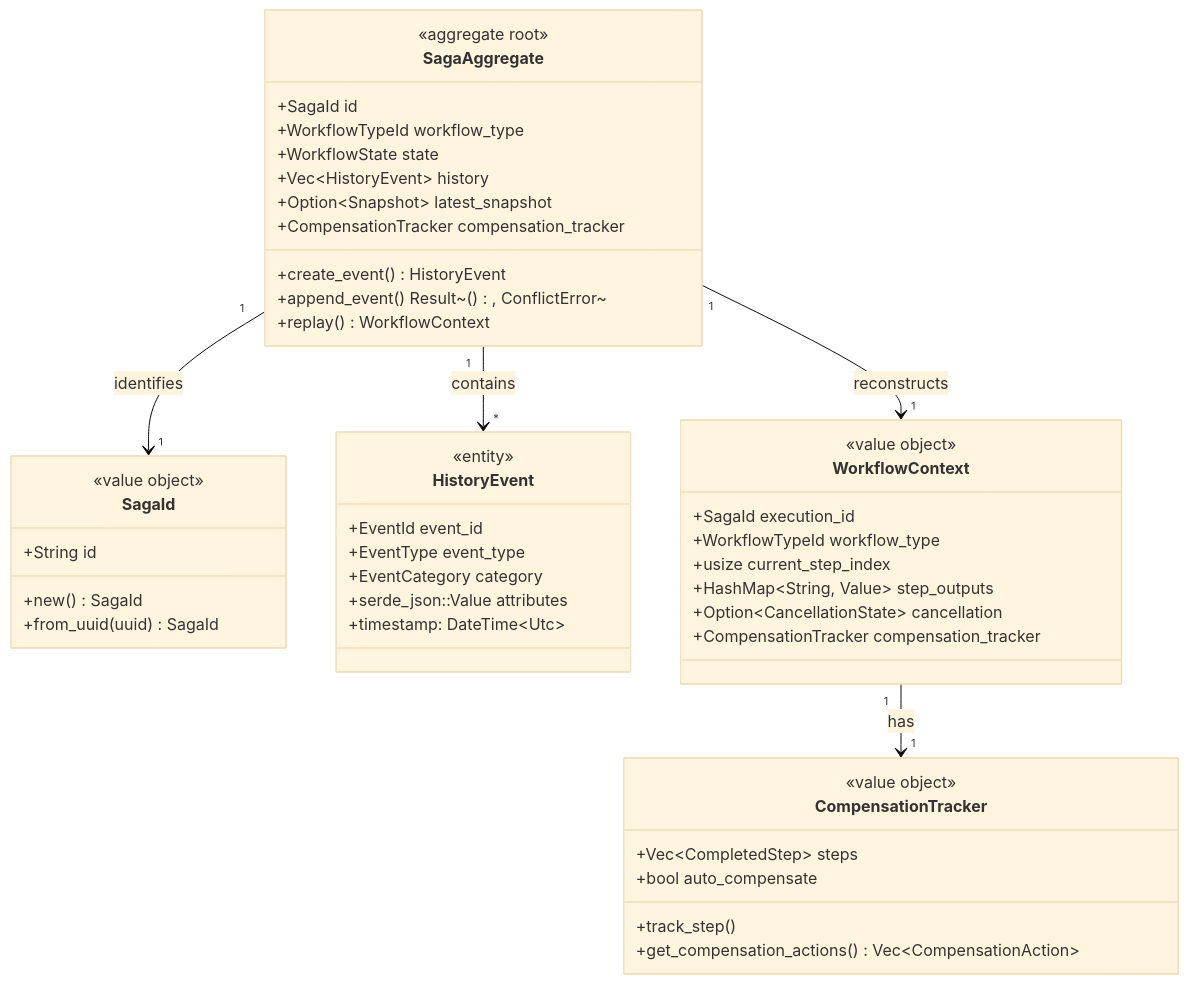
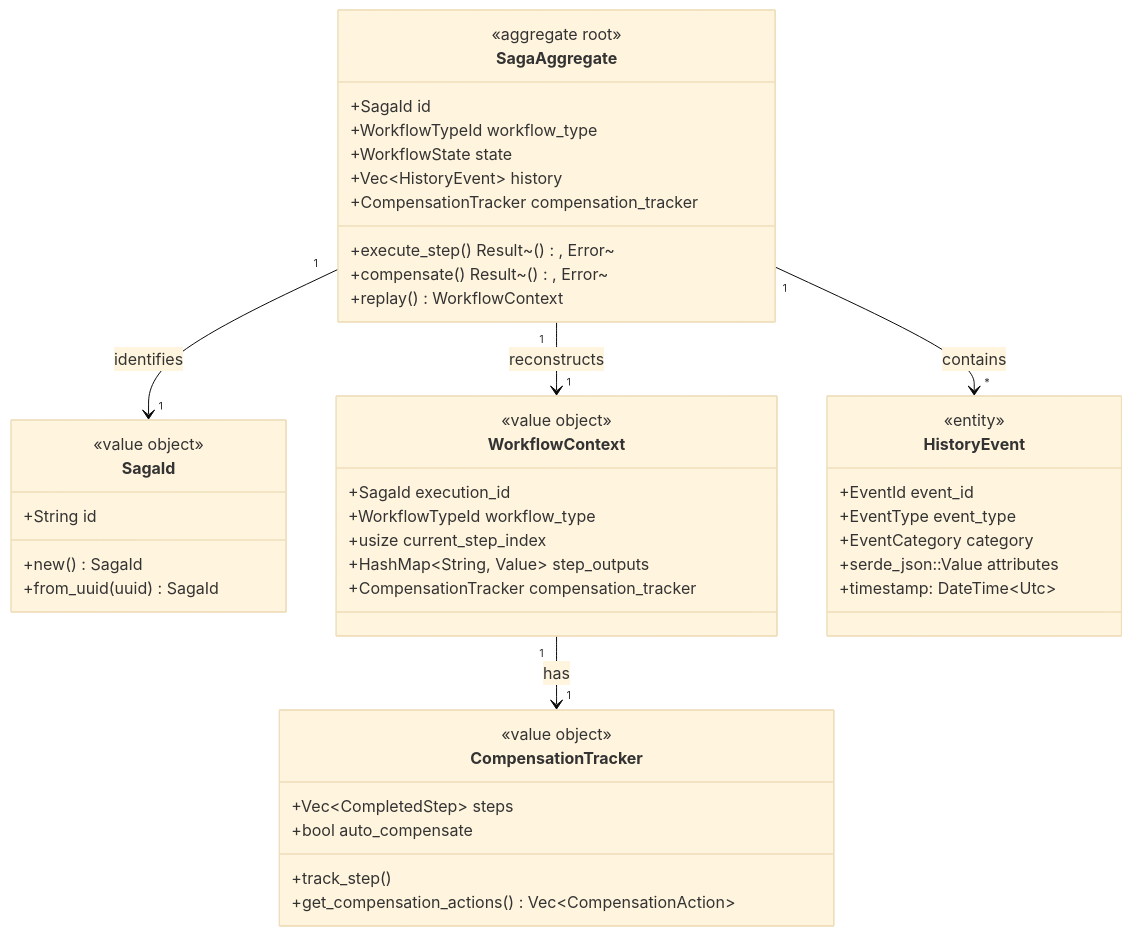
Before and after one commit to Rubentxu/hodei-jobs: the fourth of 20 diagrams in docs/manuales/SAGA_ENGINE_ARCHITECT_MANUAL_en.md, drawn with Mermaid (base theme). The commit also changed other lines of this file and 7 other files, not shown here.

````diff
--- a/docs/manuales/SAGA_ENGINE_ARCHITECT_MANUAL_en.md
+++ b/docs/manuales/SAGA_ENGINE_ARCHITECT_MANUAL_en.md
@@ -100,54 +191,52 @@
 ```mermaid
 classDiagram
     class SagaId {
         <<value object>>
         +String id
         +new() SagaId
         +from_uuid(uuid) SagaId
     }
     
     class SagaAggregate {
         <<aggregate root>>
         +SagaId id
         +WorkflowTypeId workflow_type
         +WorkflowState state
         +Vec~HistoryEvent~ history
-        +Option~Snapshot~ latest_snapshot
         +CompensationTracker compensation_tracker
-        +create_event() HistoryEvent
-        +append_event() Result~(), ConflictError~
+        +execute_step() Result~(), Error~
+        +compensate() Result~(), Error~
         +replay() WorkflowContext
+    }
+    
+    class WorkflowContext {
+        <<value object>>
+        +SagaId execution_id
+        +WorkflowTypeId workflow_type
+        +usize current_step_index
+        +HashMap~String, Value~ step_outputs
+        +CompensationTracker compensation_tracker
+    }
+    
+    class CompensationTracker {
+        <<value object>>
+        +Vec~CompletedStep~ steps
+        +bool auto_compensate
+        +track_step()
+        +get_compensation_actions() Vec~CompensationAction~
     }
     
     class HistoryEvent {
         <<entity>>
         +EventId event_id
         +EventType event_type
         +EventCategory category
         +serde_json::Value attributes
         +timestamp: DateTime~Utc~
     }
     
-    class WorkflowContext {
-        <<value object>>
-        +SagaId execution_id
-        +WorkflowTypeId workflow_type
-        +usize current_step_index
-        +HashMap~String, Value~ step_outputs
-        +Option~CancellationState~ cancellation
-        +CompensationTracker compensation_tracker
-    }
-    
-    class CompensationTracker {
-        <<value object>>
-        +Vec~CompletedStep~ steps
-        +bool auto_compensate
-        +track_step()
-        +get_compensation_actions() Vec~CompensationAction~
-    }
-    
     SagaAggregate "1" --> "1" SagaId : identifies
     SagaAggregate "1" --> "*" HistoryEvent : contains
     SagaAggregate "1" --> "1" WorkflowContext : reconstructs
     WorkflowContext "1" --> "1" CompensationTracker : has
 ```
````
